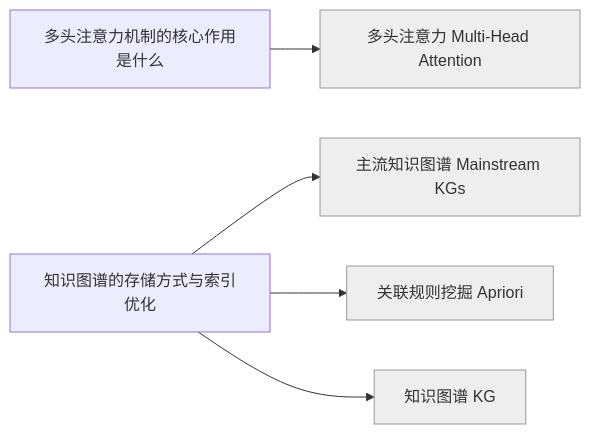
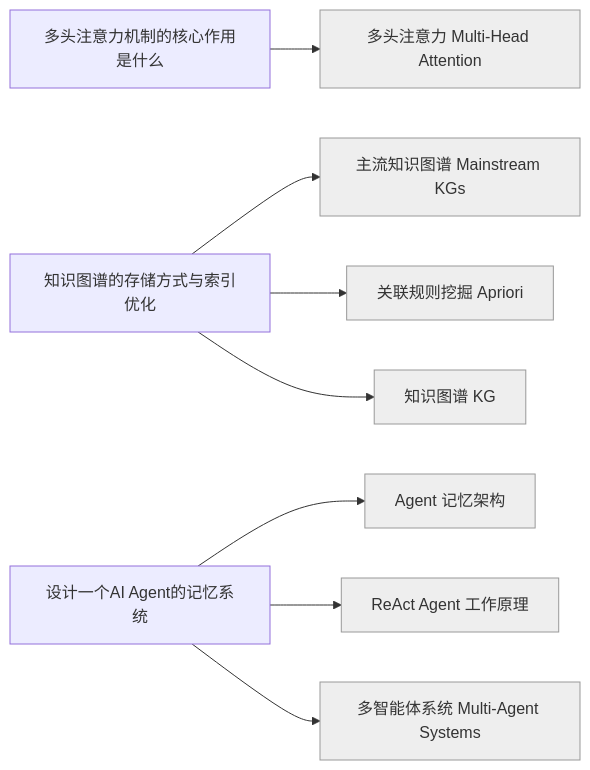
The diagram in interview-graph.md (codingfeng-fufu/radar-loom), drawn with Mermaid before and after one commit. The commit also changed other lines of this file and 4 other files, not shown here.

First line of the commit message:
radar: 新增工程面试页《设计一个AI Agent的记忆系统》

````diff
--- a/interview-graph.md
+++ b/interview-graph.md
@@ -5,14 +5,21 @@
 ```mermaid
 graph LR
+    Agent_记忆架构["Agent 记忆架构"]:::ext
+    ReAct_Agent_工作原理["ReAct Agent 工作原理"]:::ext
     主流知识图谱_Mainstream_KGs["主流知识图谱 Mainstream KGs"]:::ext
     关联规则挖掘_Apriori["关联规则挖掘 Apriori"]:::ext
     多头注意力_Multi_Head_Attention["多头注意力 Multi-Head Attention"]:::ext
     多头注意力机制的核心作用是什么["多头注意力机制的核心作用是什么"]
+    多智能体系统_Multi_Agent_Systems["多智能体系统 Multi-Agent Systems"]:::ext
     知识图谱_KG["知识图谱 KG"]:::ext
     知识图谱的存储方式与索引优化["知识图谱的存储方式与索引优化"]
+    设计一个AI_Agent的记忆系统["设计一个AI Agent的记忆系统"]
     多头注意力机制的核心作用是什么 --> 多头注意力_Multi_Head_Attention
     知识图谱的存储方式与索引优化 --> 主流知识图谱_Mainstream_KGs
     知识图谱的存储方式与索引优化 --> 关联规则挖掘_Apriori
     知识图谱的存储方式与索引优化 --> 知识图谱_KG
+    设计一个AI_Agent的记忆系统 --> Agent_记忆架构
+    设计一个AI_Agent的记忆系统 --> ReAct_Agent_工作原理
+    设计一个AI_Agent的记忆系统 --> 多智能体系统_Multi_Agent_Systems
     classDef ext fill:#eee,stroke:#999;
 ```
````
